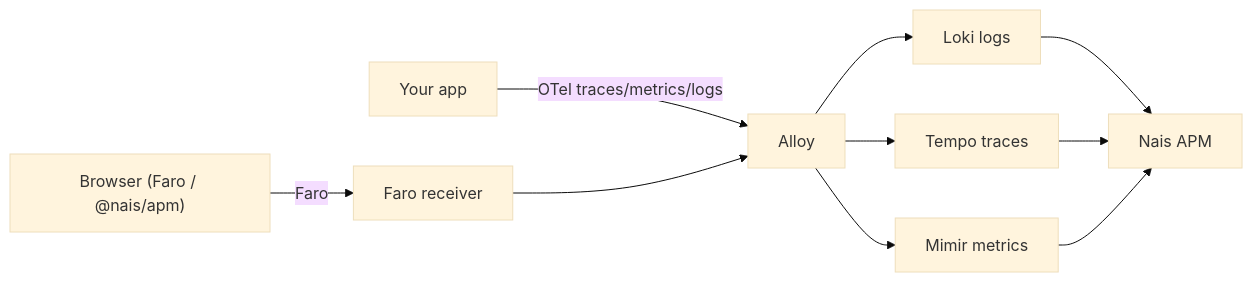
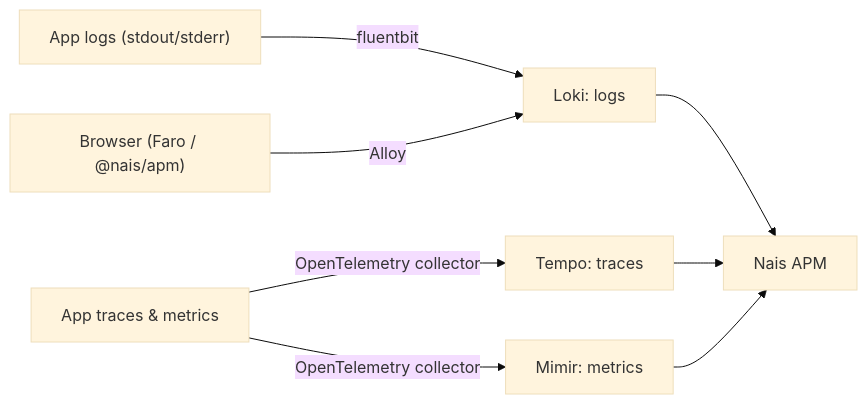
The diagram in docs/observability/apm/explanations/how-nais-apm-works.md (nais/doc), drawn with Mermaid (base theme) before and after one commit. The commit also changed other lines of this file and 11 other files, not shown here.

First line of the commit message:
docs(apm): correct architecture, drop product comparisons, align with new tab bar

````diff
--- a/docs/observability/apm/explanations/how-nais-apm-works.md
+++ b/docs/observability/apm/explanations/how-nais-apm-works.md
@@ -19,12 +21,10 @@
 ```mermaid
 graph LR
-  App[Your app] -->|OTel traces/metrics/logs| Alloy
-  Browser["Browser (Faro / @nais/apm)"] -->|Faro| Collector[Faro receiver]
-  Collector --> Alloy
-  Alloy --> Loki[Loki logs]
-  Alloy --> Tempo[Tempo traces]
-  Alloy --> Mimir[Mimir metrics]
+  Stdout["App logs (stdout/stderr)"] -->|fluentbit| Loki[Loki: logs]
+  Backend["App traces & metrics"] -->|OpenTelemetry collector| Tempo[Tempo: traces]
+  Backend -->|OpenTelemetry collector| Mimir[Mimir: metrics]
+  Browser["Browser (Faro / @nais/apm)"] -->|Alloy| Loki
   Loki --> APM[Nais APM]
   Tempo --> APM
   Mimir --> APM
 ```
````
